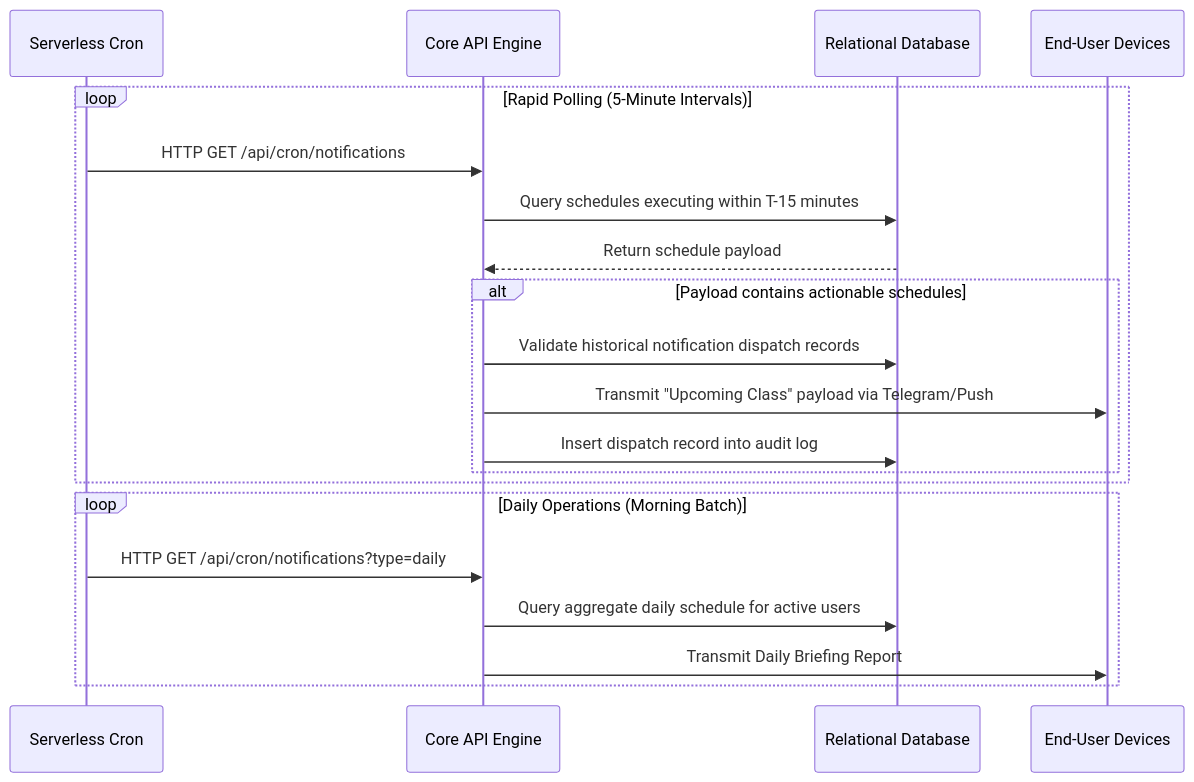
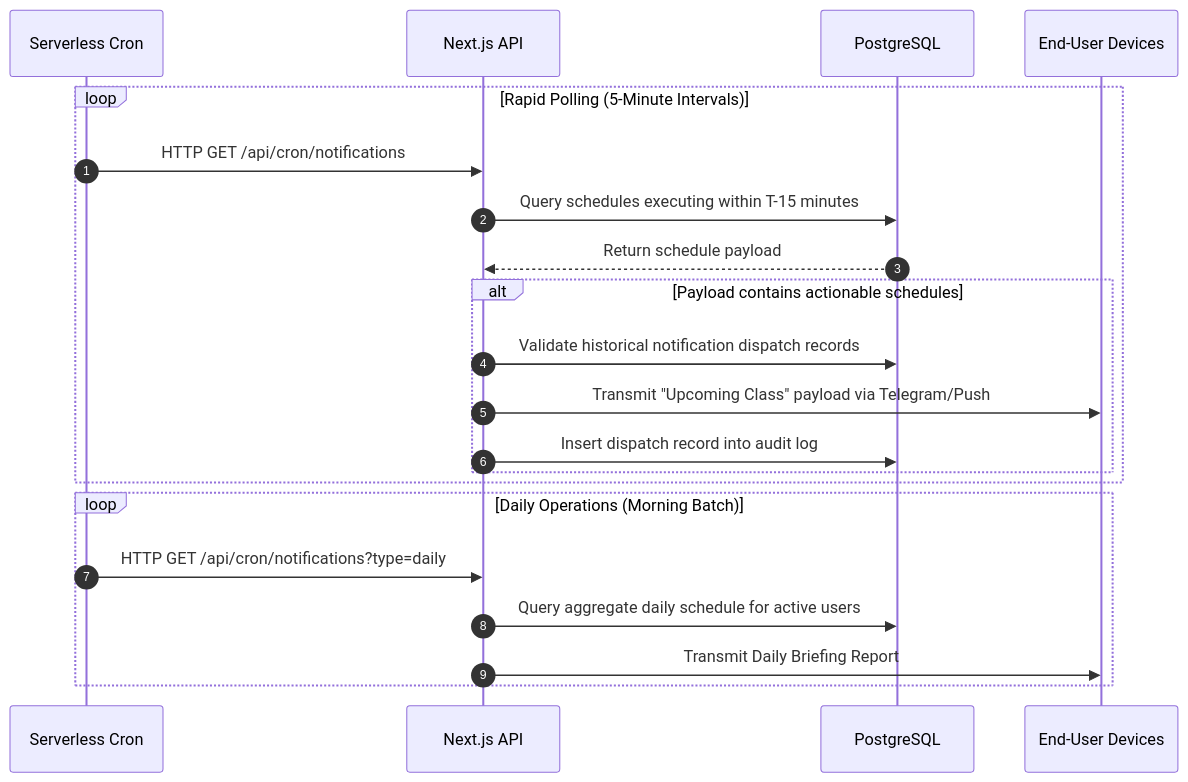
Before and after one commit to simply-mihir/attendease: the third of 3 diagrams in README.md, drawn with Mermaid. The commit also changed other lines of this file, not shown here.

````diff
--- a/README.md
+++ b/README.md
@@ -99,25 +157,26 @@
 ```mermaid
 sequenceDiagram
+    autonumber
     participant Cron as Serverless Cron
-    participant API as Core API Engine
-    participant DB as Relational Database
+    participant API as Next.js API
+    participant DB as PostgreSQL
     participant User as End-User Devices
 
     loop Rapid Polling (5-Minute Intervals)
         Cron->>API: HTTP GET /api/cron/notifications
         API->>DB: Query schedules executing within T-15 minutes
         DB-->>API: Return schedule payload
         
         alt Payload contains actionable schedules
             API->>DB: Validate historical notification dispatch records
             API->>User: Transmit "Upcoming Class" payload via Telegram/Push
             API->>DB: Insert dispatch record into audit log
         end
     end
 
     loop Daily Operations (Morning Batch)
         Cron->>API: HTTP GET /api/cron/notifications?type=daily
         API->>DB: Query aggregate daily schedule for active users
         API->>User: Transmit Daily Briefing Report
     end
 ```
````
